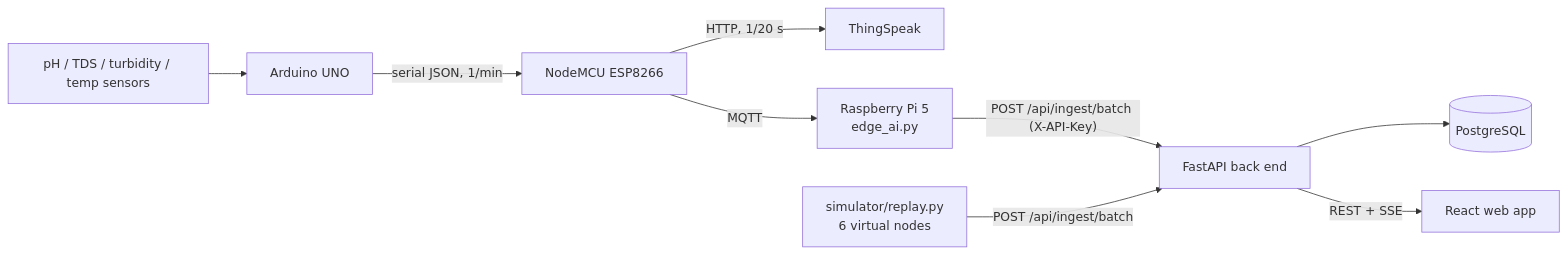
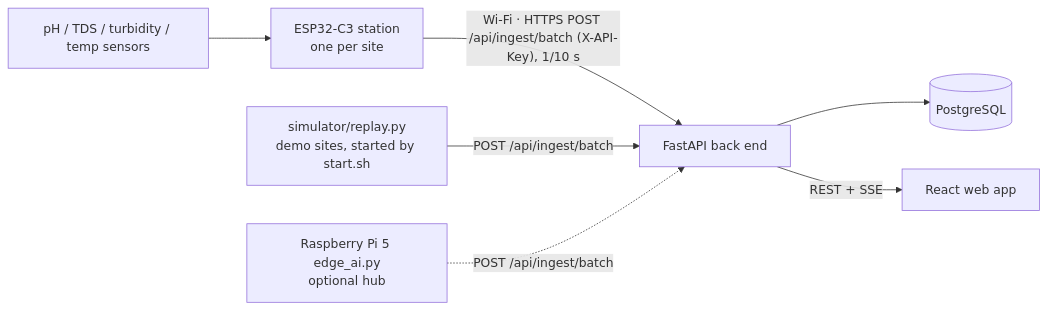
Before and after one commit to knightspan/Nashik-Water: the diagram in docs/ARCHITECTURE.md, drawn with Mermaid. The commit also changed other lines of this file and 21 other files, not shown here.

First line of the commit message:
ESP32-C3 field station posting straight to the cloud; simulator runs on Render

````diff
--- a/docs/ARCHITECTURE.md
+++ b/docs/ARCHITECTURE.md
@@ -5,11 +5,9 @@
 ```mermaid
 flowchart LR
-  S[pH / TDS / turbidity / temp sensors] --> A[Arduino UNO]
-  A -- serial JSON, 1/min --> E[NodeMCU ESP8266]
-  E -- HTTP, 1/20 s --> T[ThingSpeak]
-  E -- MQTT --> P[Raspberry Pi 5<br/>edge_ai.py]
-  P -- "POST /api/ingest/batch (X-API-Key)" --> B[FastAPI back end]
-  SIM[simulator/replay.py<br/>6 virtual nodes] -- "POST /api/ingest/batch" --> B
+  S[pH / TDS / turbidity / temp sensors] --> C[ESP32-C3 station<br/>one per site]
+  C -- "Wi-Fi · HTTPS POST /api/ingest/batch (X-API-Key), 1/10 s" --> B[FastAPI back end]
+  SIM[simulator/replay.py<br/>demo sites, started by start.sh] -- "POST /api/ingest/batch" --> B
+  P[Raspberry Pi 5 edge_ai.py<br/>optional hub] -. "POST /api/ingest/batch" .-> B
   B --> DB[(PostgreSQL)]
   B -- "REST + SSE" --> F[React web app]
 ```
````
